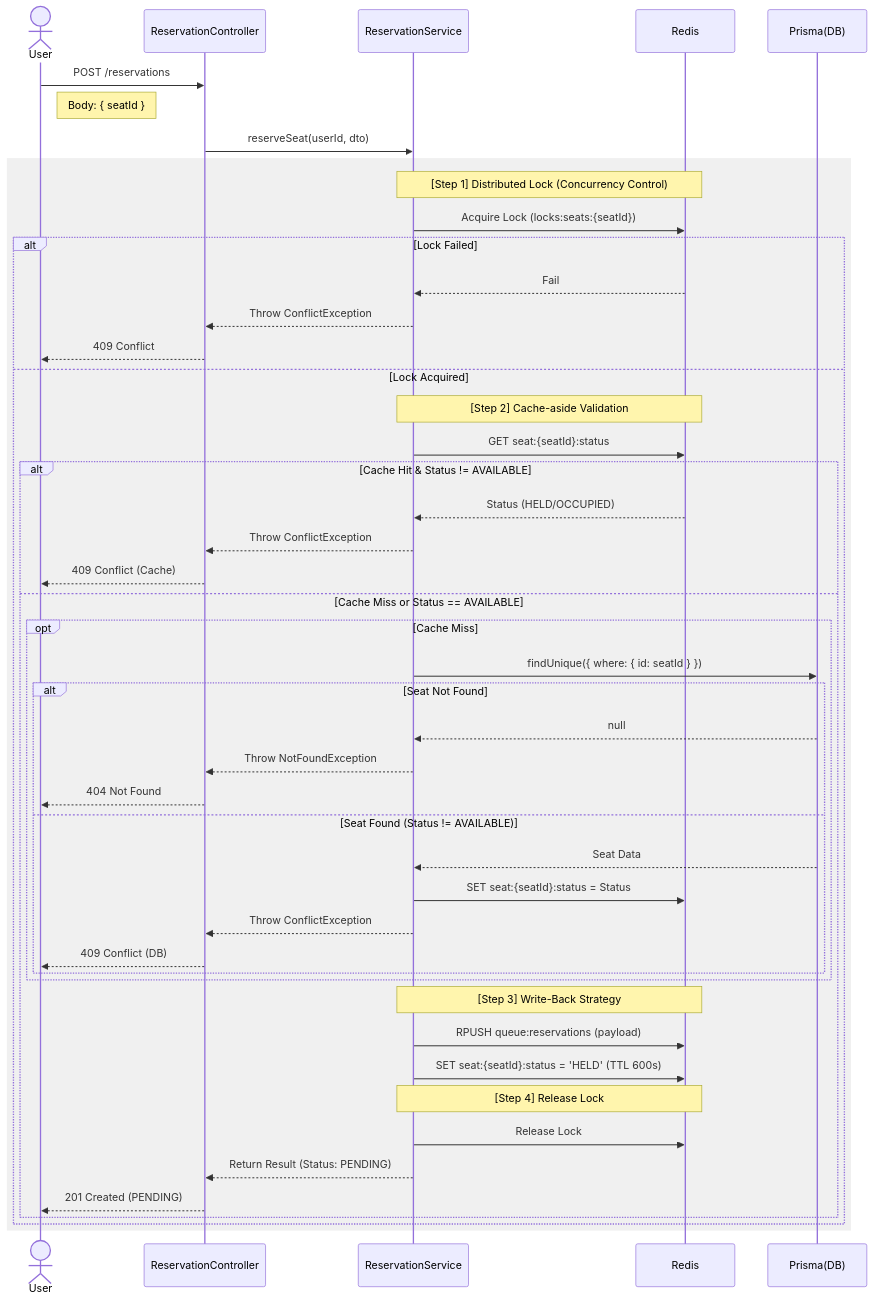
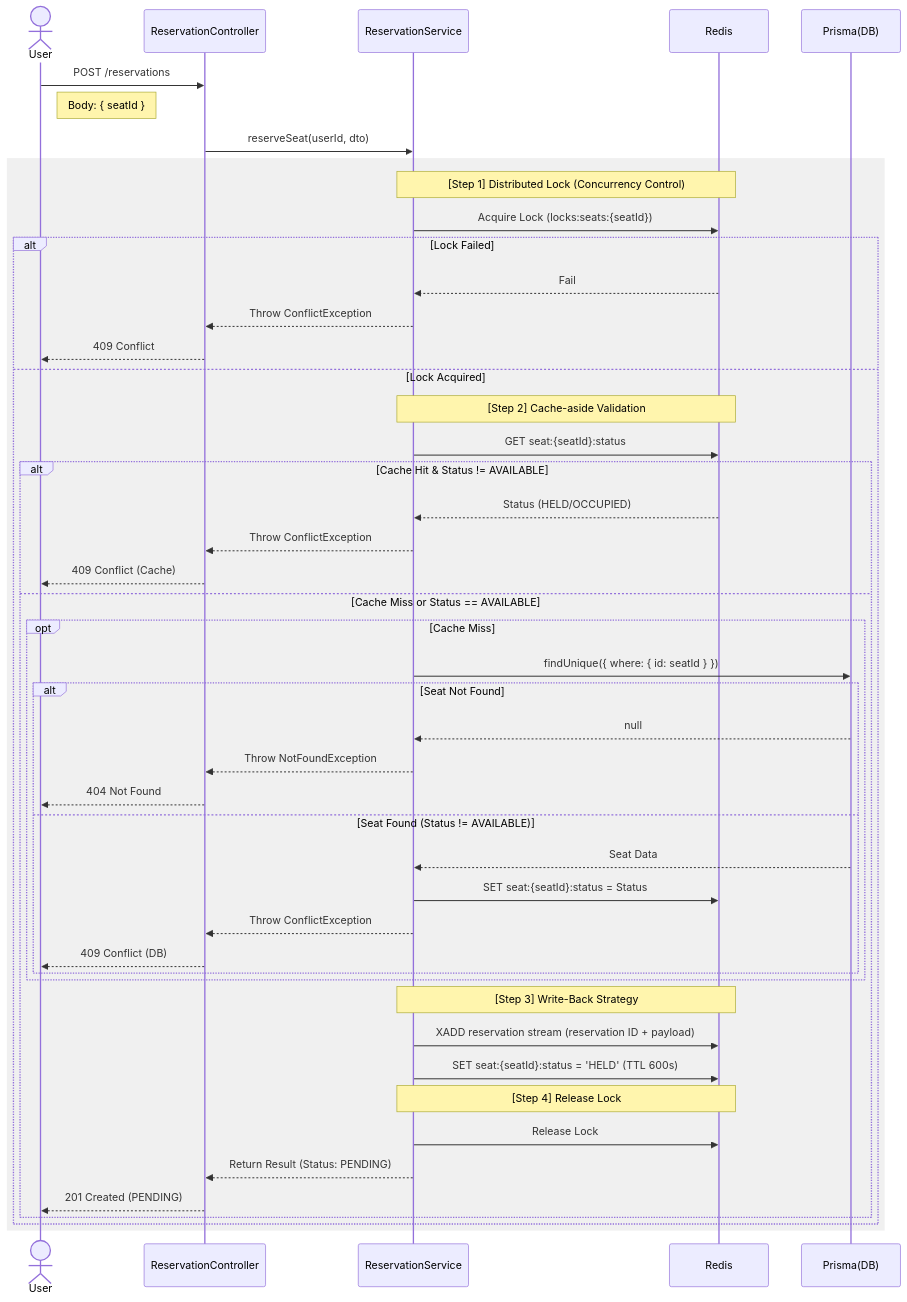
Before and after one commit to chya-chya/fast_pass: the diagram in README.md, drawn with Mermaid. The commit also changed 19 other files, not shown here.

Commit message:
feat: add recoverable reservation stream processing

````diff
--- a/README.md
+++ b/README.md
@@ -30,57 +30,57 @@
 ```mermaid
 sequenceDiagram
     actor User
     participant API as ReservationController
     participant Service as ReservationService
     participant Redis
     participant DB as Prisma(DB)
 
     User->>API: POST /reservations
     Note right of User: Body: { seatId }
     API->>Service: reserveSeat(userId, dto)
 
     rect rgb(240, 240, 240)
     Note over Service, Redis: [Step 1] Distributed Lock (Concurrency Control)
     Service->>Redis: Acquire Lock (locks:seats:{seatId})
     alt Lock Failed
         Redis-->>Service: Fail
         Service-->>API: Throw ConflictException
         API-->>User: 409 Conflict
     else Lock Acquired
         
         Note over Service, Redis: [Step 2] Cache-aside Validation
         Service->>Redis: GET seat:{seatId}:status
 
         alt Cache Hit & Status != AVAILABLE
             Redis-->>Service: Status (HELD/OCCUPIED)
             Service-->>API: Throw ConflictException
             API-->>User: 409 Conflict (Cache)
         else Cache Miss or Status == AVAILABLE
             
             opt Cache Miss
                 Service->>DB: findUnique({ where: { id: seatId } })
                 alt Seat Not Found
                     DB-->>Service: null
                     Service-->>API: Throw NotFoundException
                     API-->>User: 404 Not Found
                 else Seat Found (Status != AVAILABLE)
                     DB-->>Service: Seat Data
                     Service->>Redis: SET seat:{seatId}:status = Status
                     Service-->>API: Throw ConflictException
                     API-->>User: 409 Conflict (DB)
                 end
             end
 
             Note over Service, Redis: [Step 3] Write-Back Strategy
-            Service->>Redis: RPUSH queue:reservations (payload)
+            Service->>Redis: XADD reservation stream (reservation ID + payload)
             Service->>Redis: SET seat:{seatId}:status = 'HELD' (TTL 600s)
 
             Note over Service, Redis: [Step 4] Release Lock
             Service->>Redis: Release Lock
 
             Service-->>API: Return Result (Status: PENDING)
             API-->>User: 201 Created (PENDING)
         end
     end
     end
 ```
````
